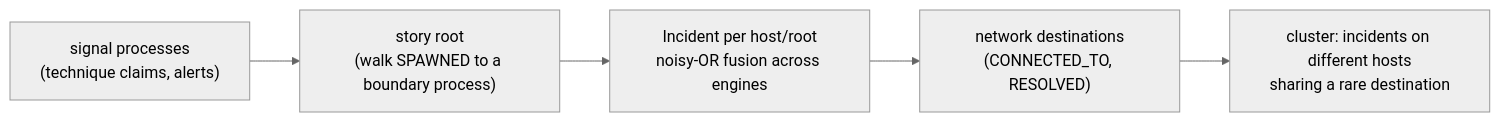
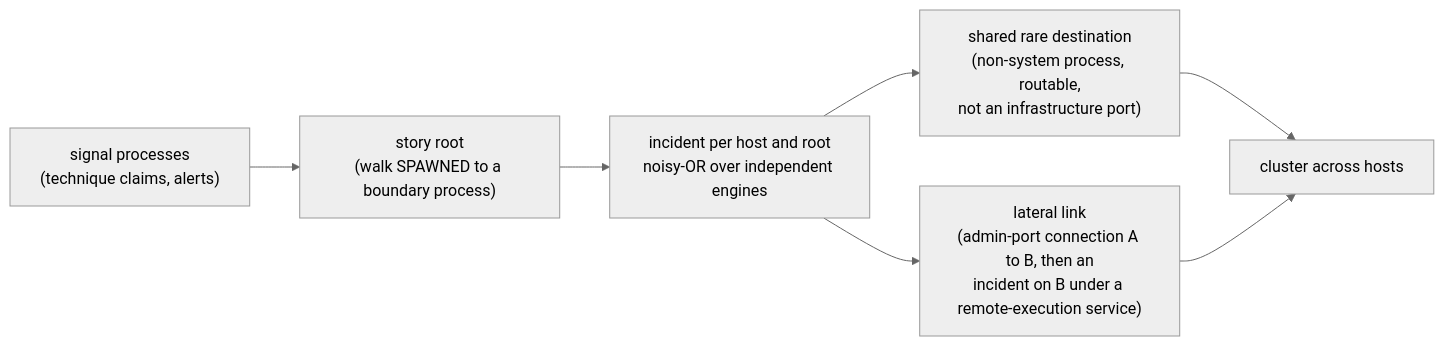
One commit to rakshit-737/throughline changed the second of 2 diagrams in docs/architecture.md. Above: the diagram before and after it, drawn with Mermaid (neutral theme). The commit also changed other lines of this file and 14 other files, not shown here.

````diff
--- a/docs/architecture.md
+++ b/docs/architecture.md
@@ -64,7 +64,9 @@
 ```mermaid
 flowchart LR
   S["signal processes<br/>(technique claims, alerts)"] --> R["story root<br/>(walk SPAWNED to a boundary process)"]
-  R --> I["Incident per host/root<br/>noisy-OR fusion across engines"]
-  I --> D["network destinations<br/>(CONNECTED_TO, RESOLVED)"]
-  D --> C["cluster: incidents on different hosts<br/>sharing a rare destination"]
+  R --> I["incident per host and root<br/>noisy-OR over independent engines"]
+  I --> D["shared rare destination<br/>(non-system process, routable,<br/>not an infrastructure port)"]
+  I --> L["lateral link<br/>(admin-port connection A to B, then an<br/>incident on B under a remote-execution service)"]
+  D --> C["cluster across hosts"]
+  L --> C
 ```
````
